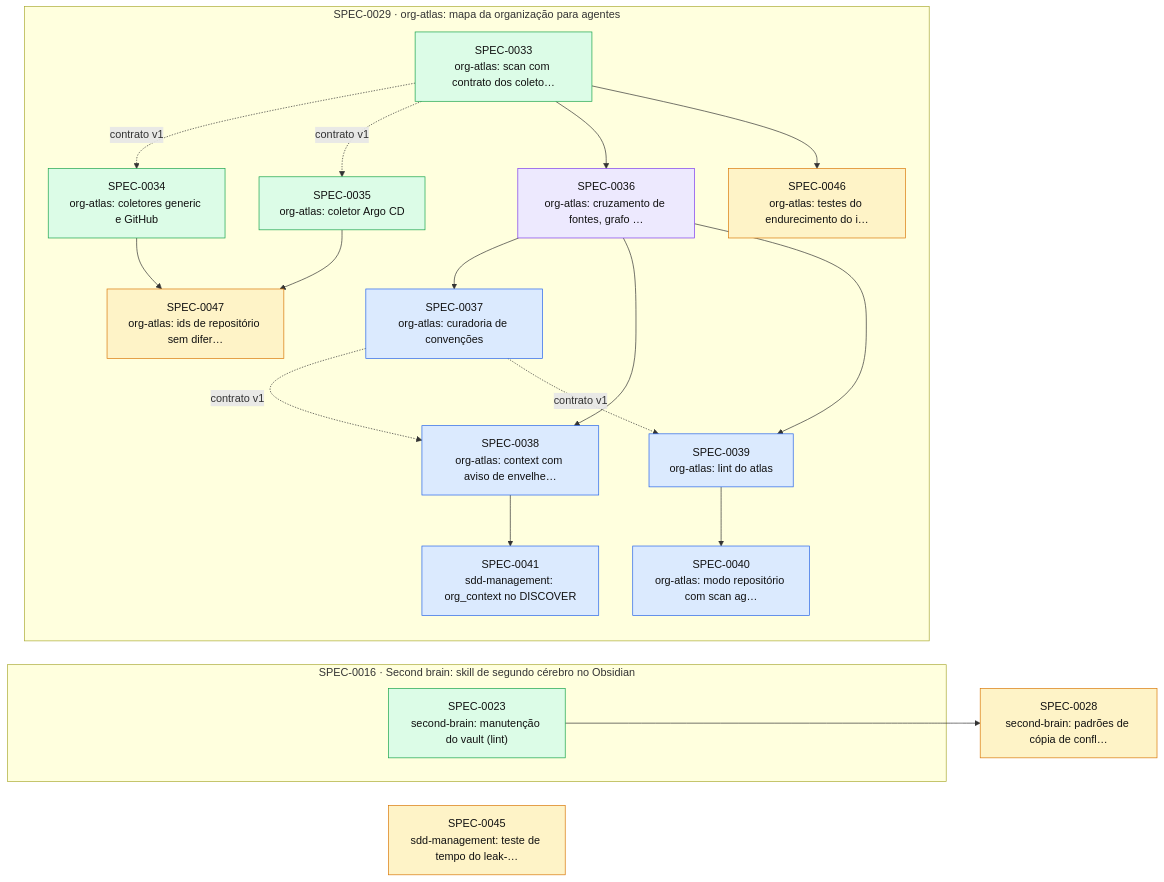
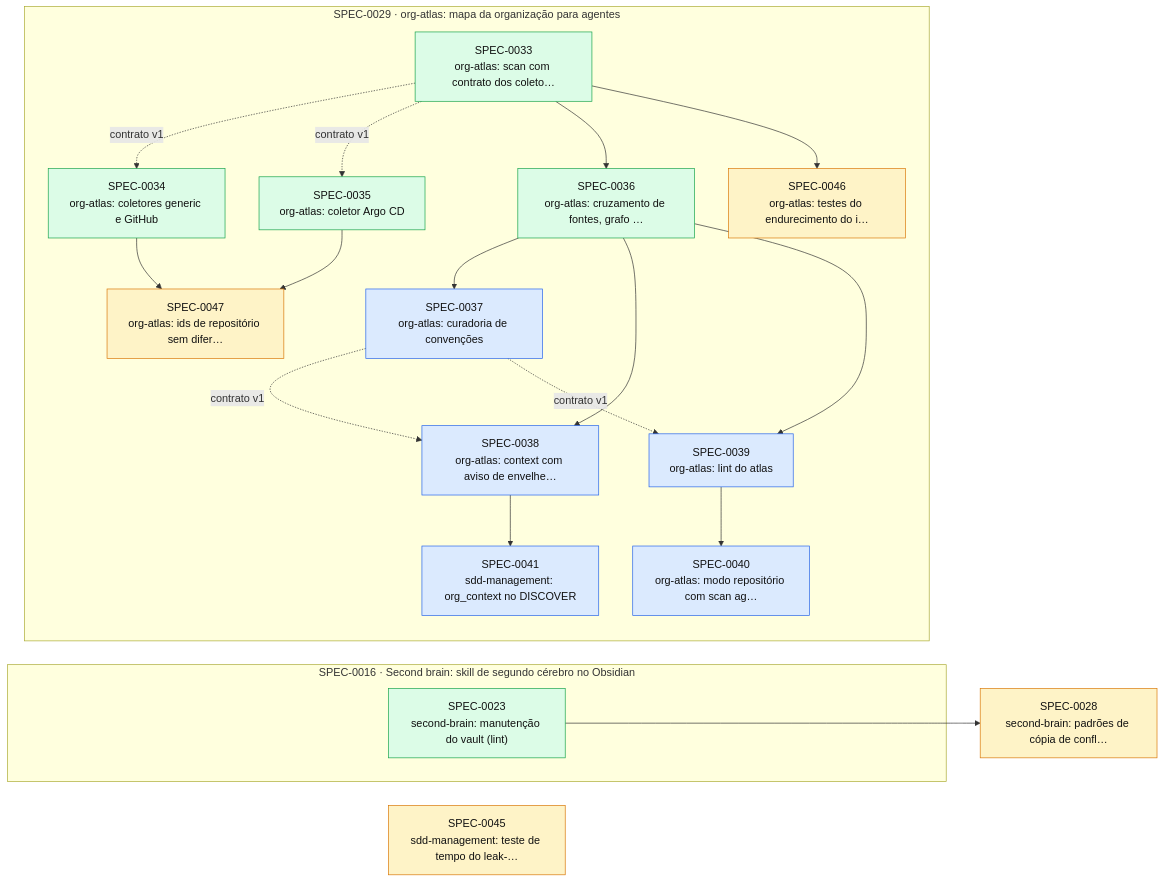
The diagram in docs/specs/INDEX.md (thomasravache/ai-dev-brain), drawn with Mermaid before and after one commit. The commit also changed other lines of this file and 1 other file, not shown here.

First line of the commit message:
docs(specs): G7 e fechamento da SPEC-0036

````diff
--- a/docs/specs/INDEX.md
+++ b/docs/specs/INDEX.md
@@ -57,40 +56,40 @@
 ```mermaid
 flowchart LR
   S0028["SPEC-0028<br/>second-brain: padrões de cópia de confl…"]:::proposed
   S0045["SPEC-0045<br/>sdd-management: teste de tempo do leak-…"]:::proposed
   subgraph E0016["SPEC-0016 · Second brain: skill de segundo cérebro no Obsidian"]
     S0023["SPEC-0023<br/>second-brain: manutenção do vault (lint)"]:::implemented
   end
   subgraph E0029["SPEC-0029 · org-atlas: mapa da organização para agentes"]
     S0033["SPEC-0033<br/>org-atlas: scan com contrato dos coleto…"]:::implemented
     S0034["SPEC-0034<br/>org-atlas: coletores generic e GitHub"]:::implemented
     S0035["SPEC-0035<br/>org-atlas: coletor Argo CD"]:::implemented
-    S0036["SPEC-0036<br/>org-atlas: cruzamento de fontes, grafo …"]:::inprogress
+    S0036["SPEC-0036<br/>org-atlas: cruzamento de fontes, grafo …"]:::implemented
     S0037["SPEC-0037<br/>org-atlas: curadoria de convenções"]:::approved
     S0038["SPEC-0038<br/>org-atlas: context com aviso de envelhe…"]:::approved
     S0039["SPEC-0039<br/>org-atlas: lint do atlas"]:::approved
     S0040["SPEC-0040<br/>org-atlas: modo repositório com scan ag…"]:::approved
     S0041["SPEC-0041<br/>sdd-management: org_context no DISCOVER"]:::approved
     S0046["SPEC-0046<br/>org-atlas: testes do endurecimento do i…"]:::proposed
     S0047["SPEC-0047<br/>org-atlas: ids de repositório sem difer…"]:::proposed
   end
   S0023 --> S0028
   S0033 -. contrato v1 .-> S0034
   S0033 -. contrato v1 .-> S0035
   S0033 --> S0036
   S0036 --> S0037
   S0036 --> S0038
   S0037 -. contrato v1 .-> S0038
   S0036 --> S0039
   S0037 -. contrato v1 .-> S0039
   S0039 --> S0040
   S0038 --> S0041
   S0033 --> S0046
   S0034 --> S0047
   S0035 --> S0047
   classDef proposed fill:#fef3c7,stroke:#d97706,color:#111
   classDef approved fill:#dbeafe,stroke:#2563eb,color:#111
   classDef inprogress fill:#ede9fe,stroke:#7c3aed,color:#111
   classDef implemented fill:#dcfce7,stroke:#16a34a,color:#111
   classDef deprecated fill:#f3f4f6,stroke:#9ca3af,color:#6b7280
 ```
````
